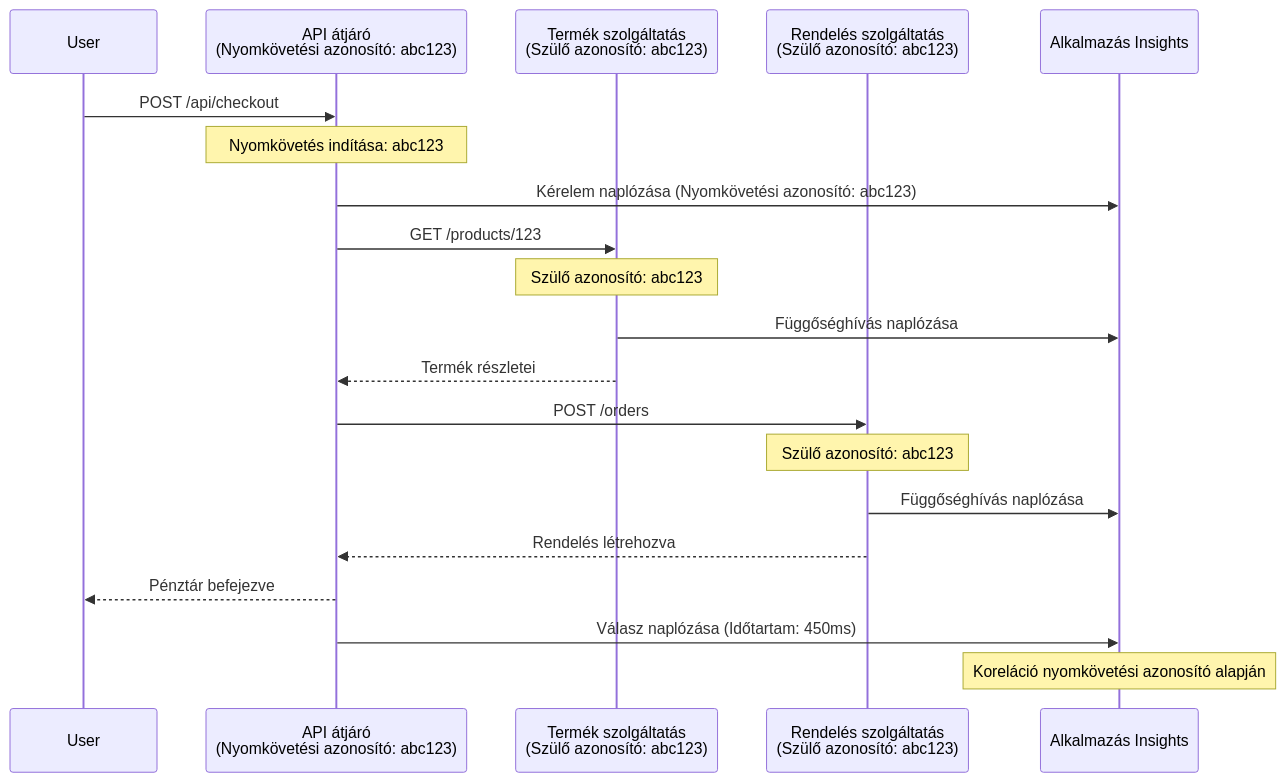
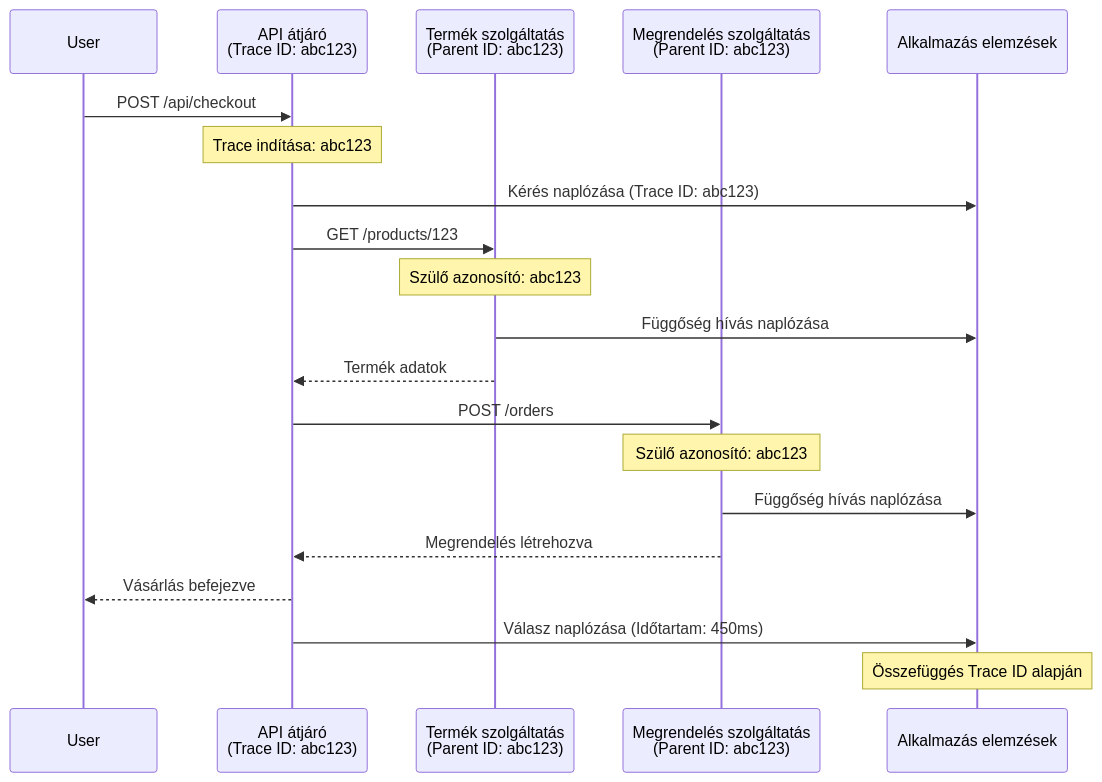
The second of 2 diagrams in translations/hu/docs/chapter-06-pre-deployment/application-insights.md (microsoft/AZD-for-beginners), drawn with Mermaid before and after one commit. The commit also changed other lines of this file and 101 other files, not shown here.

````diff
--- a/translations/hu/docs/chapter-06-pre-deployment/application-insights.md
+++ b/translations/hu/docs/chapter-06-pre-deployment/application-insights.md
@@ -744,27 +744,27 @@
 ```mermaid
 sequenceDiagram
     participant User
-    participant Gateway as API átjáró<br/>(Nyomkövetési azonosító: abc123)
-    participant Product as Termék szolgáltatás<br/>(Szülő azonosító: abc123)
-    participant Order as Rendelés szolgáltatás<br/>(Szülő azonosító: abc123)
-    participant AppInsights as Alkalmazás Insights
+    participant Gateway as API átjáró<br/>(Trace ID: abc123)
+    participant Product as Termék szolgáltatás<br/>(Parent ID: abc123)
+    participant Order as Megrendelés szolgáltatás<br/>(Parent ID: abc123)
+    participant AppInsights as Alkalmazás elemzések
     
     User->>Gateway: POST /api/checkout
-    Note over Gateway: Nyomkövetés indítása: abc123
-    Gateway->>AppInsights: Kérelem naplózása (Nyomkövetési azonosító: abc123)
+    Note over Gateway: Trace indítása: abc123
+    Gateway->>AppInsights: Kérés naplózása (Trace ID: abc123)
     
     Gateway->>Product: GET /products/123
     Note over Product: Szülő azonosító: abc123
-    Product->>AppInsights: Függőséghívás naplózása
-    Product-->>Gateway: Termék részletei
+    Product->>AppInsights: Függőség hívás naplózása
+    Product-->>Gateway: Termék adatok
     
     Gateway->>Order: POST /orders
     Note over Order: Szülő azonosító: abc123
-    Order->>AppInsights: Függőséghívás naplózása
-    Order-->>Gateway: Rendelés létrehozva
+    Order->>AppInsights: Függőség hívás naplózása
+    Order-->>Gateway: Megrendelés létrehozva
     
-    Gateway-->>User: Pénztár befejezve
+    Gateway-->>User: Vásárlás befejezve
     Gateway->>AppInsights: Válasz naplózása (Időtartam: 450ms)
     
-    Note over AppInsights: Koreláció nyomkövetési azonosító alapján
+    Note over AppInsights: Összefüggés Trace ID alapján
 ```
````
